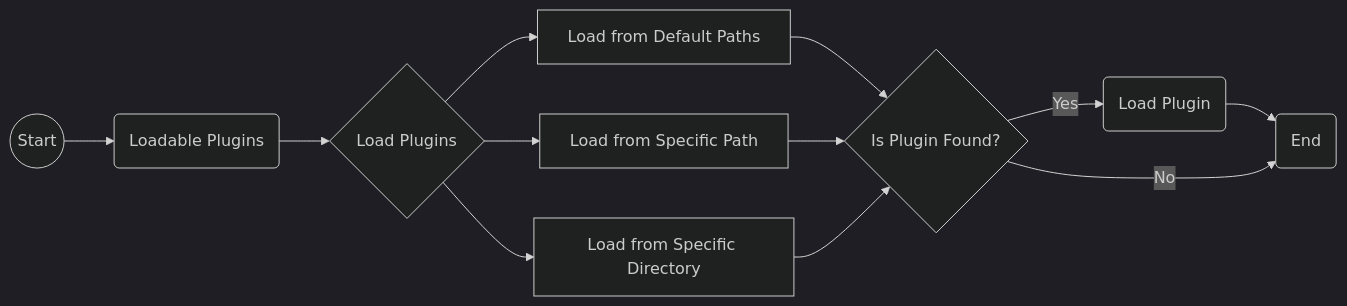
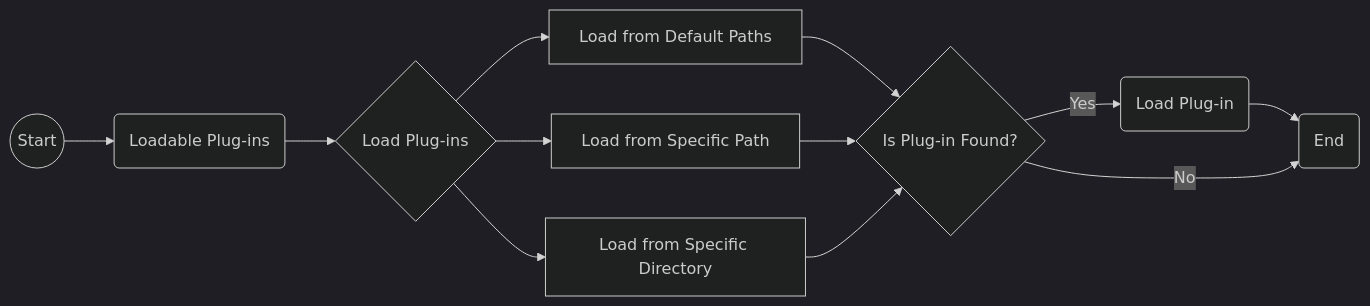
Before and after one commit to WasmEdge/docs: the second of 2 diagrams in docs/contribute/plugin/intro.md, drawn with Mermaid (dark theme). The commit also changed other lines of this file and 9 other files, not shown here.

````diff
--- a/docs/contribute/plugin/intro.md
+++ b/docs/contribute/plugin/intro.md
@@ -55,14 +55,14 @@
 ```mermaid
 graph LR
-    A((Start)) --> B(Loadable Plugins)
-    B --> C{Load Plugins}
+    A((Start)) --> B(Loadable Plug-ins)
+    B --> C{Load Plug-ins}
     C --> D[Load from Default Paths]
     C --> E[Load from Specific Path]
     C --> F[Load from Specific Directory]
-    D --> G{Is Plugin Found?}
+    D --> G{Is Plug-in Found?}
     E --> G
     F --> G
-    G -- Yes --> H(Load Plugin)
+    G -- Yes --> H(Load Plug-in)
     H --> I(End)
     G -- No --> I
 ```
````
